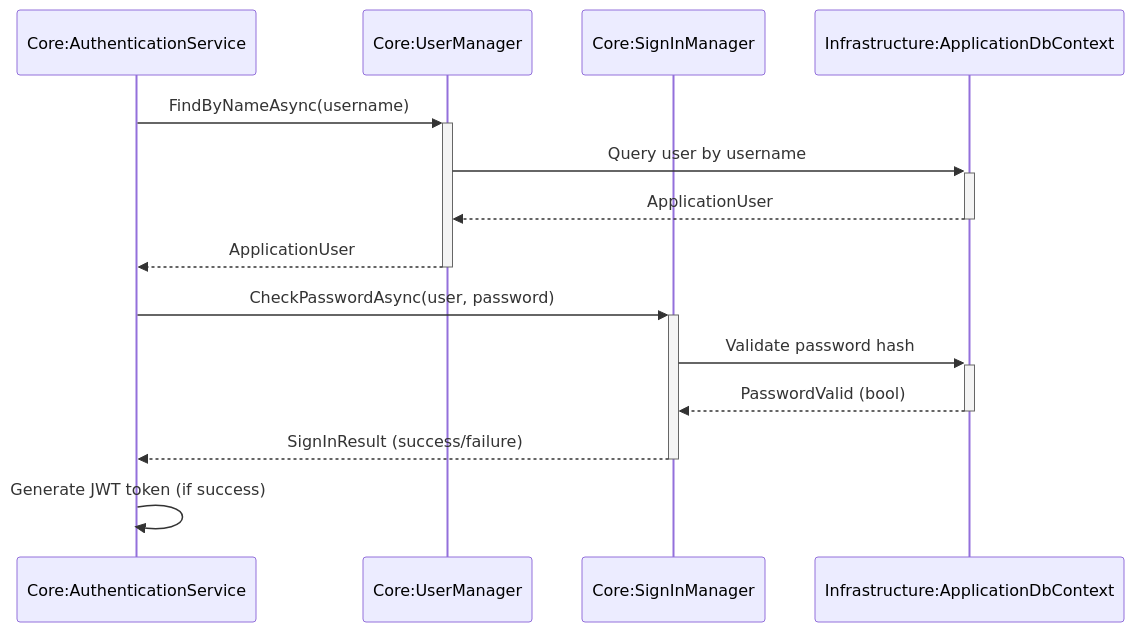
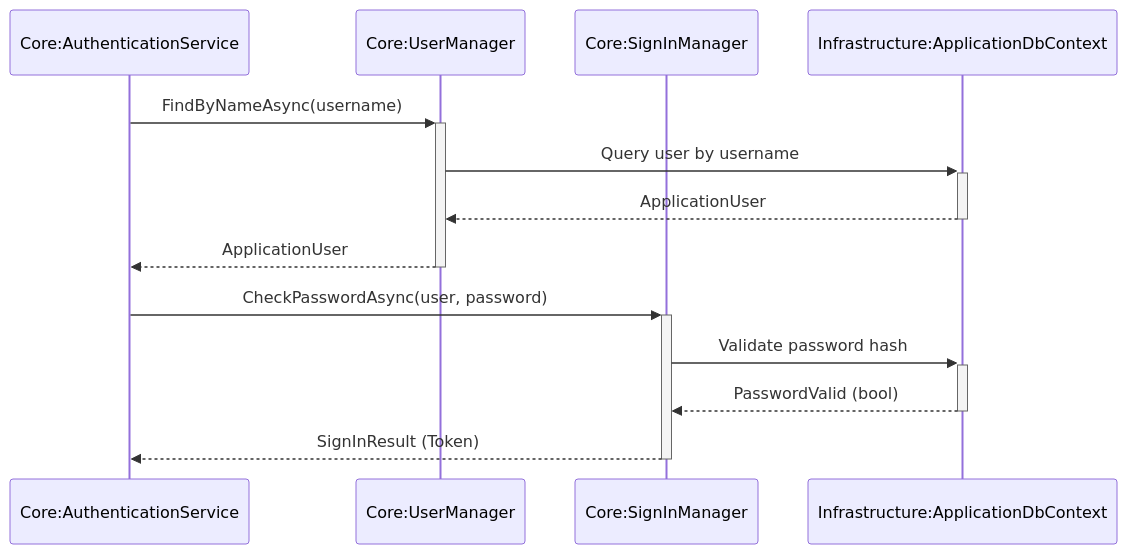
The diagram in docs/UseCases/UC-001/SD.md (Tirsvad/TirsvadCLI.DotNet.Portfolio), drawn with Mermaid before and after one commit.

Commit message:
Change SignInResult should return token

````diff
--- a/docs/UseCases/UC-001/SD.md
+++ b/docs/UseCases/UC-001/SD.md
@@ -20,16 +20,15 @@
 ```mermaid
 sequenceDiagram
     participant AuthenticationService as Core:AuthenticationService
     participant UserManager as Core:UserManager
     participant SignInManager as Core:SignInManager
     participant ApplicationDbContext as Infrastructure:ApplicationDbContext
     AuthenticationService->>+UserManager: FindByNameAsync(username)
     UserManager->>+ApplicationDbContext: Query user by username
     ApplicationDbContext-->>-UserManager: ApplicationUser
     UserManager-->>-AuthenticationService: ApplicationUser
     AuthenticationService->>+SignInManager: CheckPasswordAsync(user, password)
     SignInManager->>+ApplicationDbContext: Validate password hash
     ApplicationDbContext-->>-SignInManager: PasswordValid (bool)
-    SignInManager-->>-AuthenticationService: SignInResult (success/failure)
-    AuthenticationService->>AuthenticationService: Generate JWT token (if success)
+    SignInManager-->>-AuthenticationService: SignInResult (Token)
 ```
````
